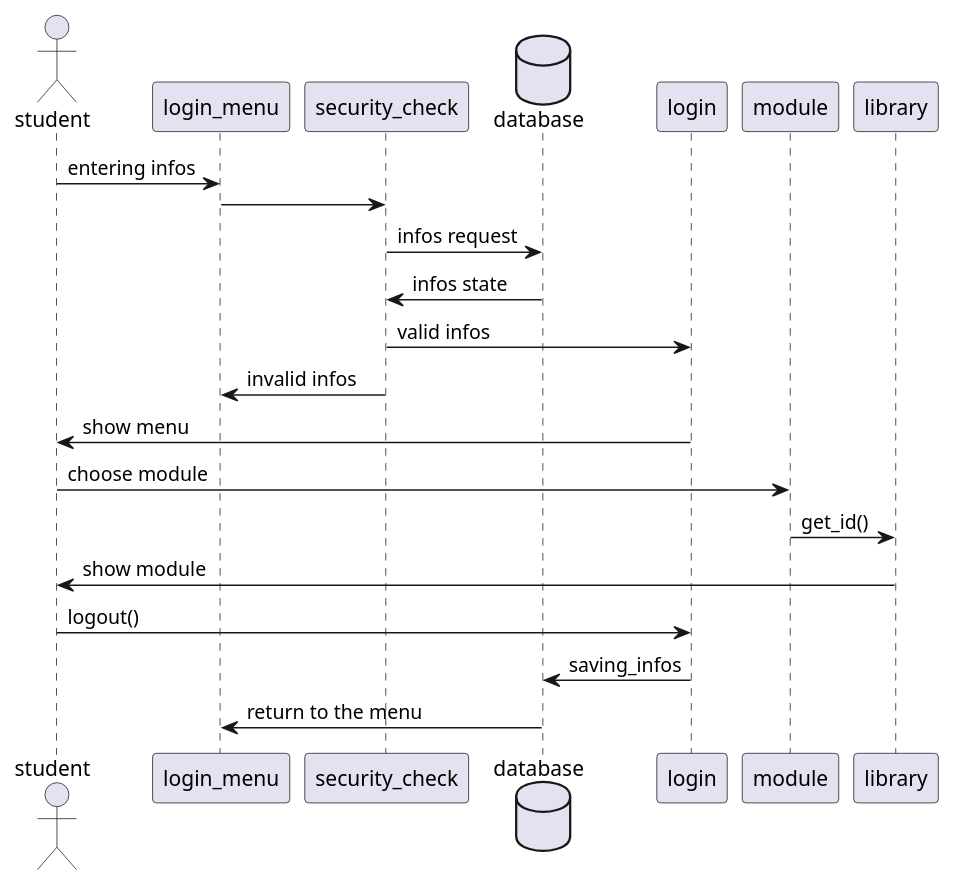
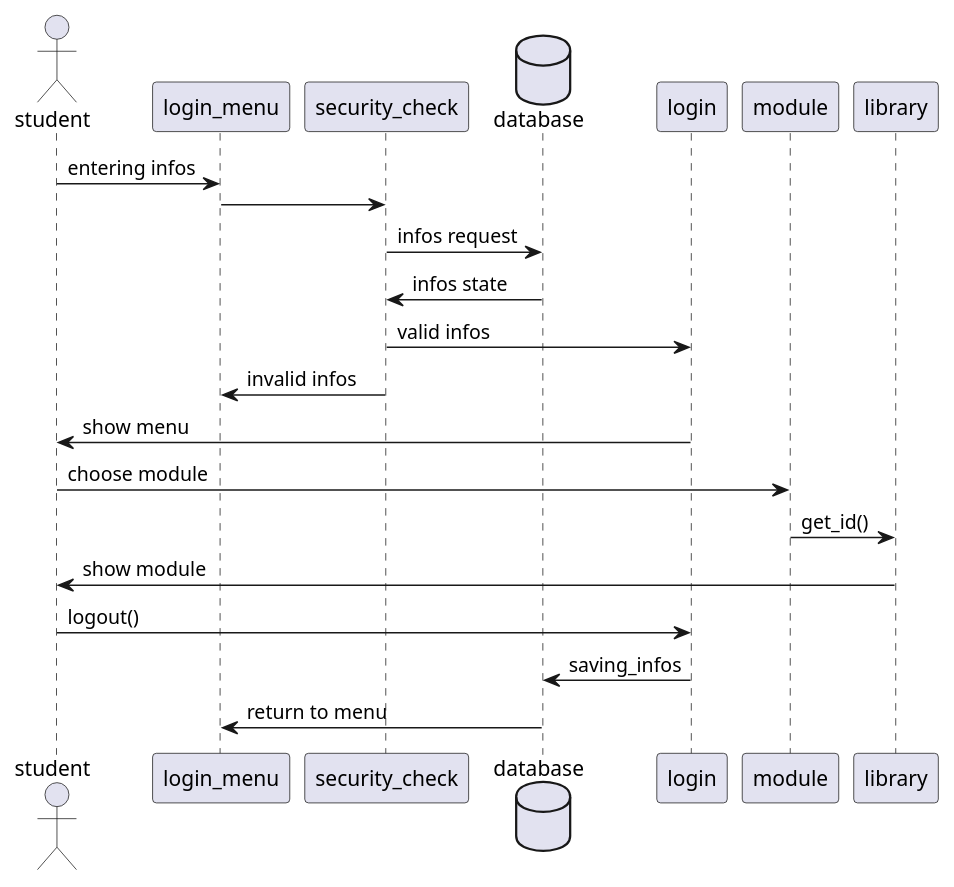
The diagram in classes/sequence.puml (kingussopp/N8V37), drawn with PlantUML before and after one commit.

Commit message:
docs: :memo: update sequence diagram

```diff
--- a/classes/sequence.puml
+++ b/classes/sequence.puml
@@ -1,23 +1,23 @@
 @startuml Seq
 actor student as a
 participant login_menu as l_m
 participant security_check as s_c
 database database as db
 participant library as lib order 30
 a -> l_m :entering infos 
 l_m -> s_c
 s_c -> db : infos request
 db -> s_c : infos state
 s_c -> login : valid infos
 s_c -> l_m : invalid infos
 login -> a : show menu
 a -> module : choose module
 module -> lib : get_id()
 lib -> a : show module
 a -> login : logout()
 login -> db : saving_infos
-db -> l_m : return to the menu
+db -> l_m : return to menu
 
 
 
 @enduml
```
